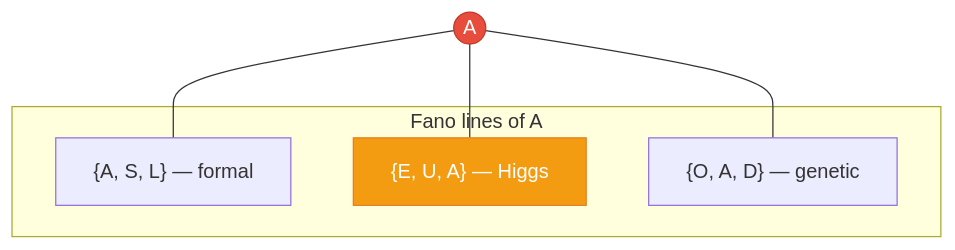
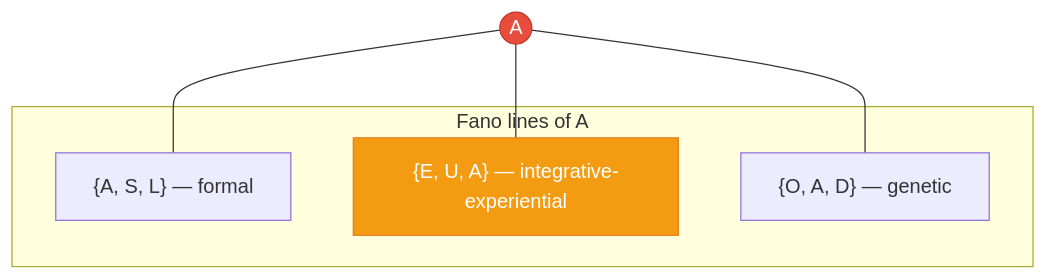
The second of 2 diagrams in website/docs/core/structure/dimension-a.md (gst-st/uhm), drawn with Mermaid before and after one commit. The commit also changed other lines of this file and 376 other files, not shown here.

First line of the commit message:
Refactor UHM canon, decontaminate architecture, and verify EN/RU parity

````diff
--- a/website/docs/core/structure/dimension-a.md
+++ b/website/docs/core/structure/dimension-a.md
@@ -344,13 +340,13 @@
 ```mermaid
 graph TD
     subgraph "Fano lines of A"
         ASL["{A, S, L} — formal"]
-        EUA["{E, U, A} — Higgs"]
+        EUA["{E, U, A} — integrative-experiential"]
         OAD["{O, A, D} — genetic"]
     end
     A((A)) --- ASL
     A --- EUA
     A --- OAD
     style A fill:#e74c3c,color:#fff,stroke:#c0392b
     style EUA fill:#f39c12,color:#fff,stroke:#e67e22
 ```
````
